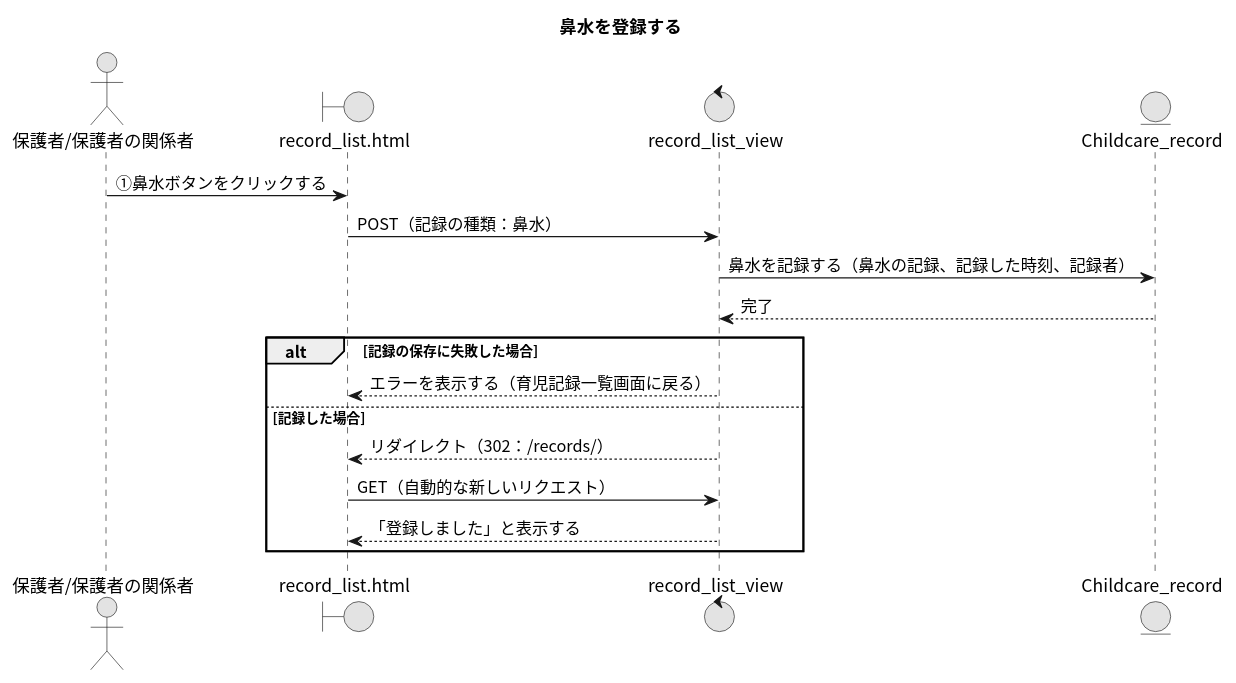
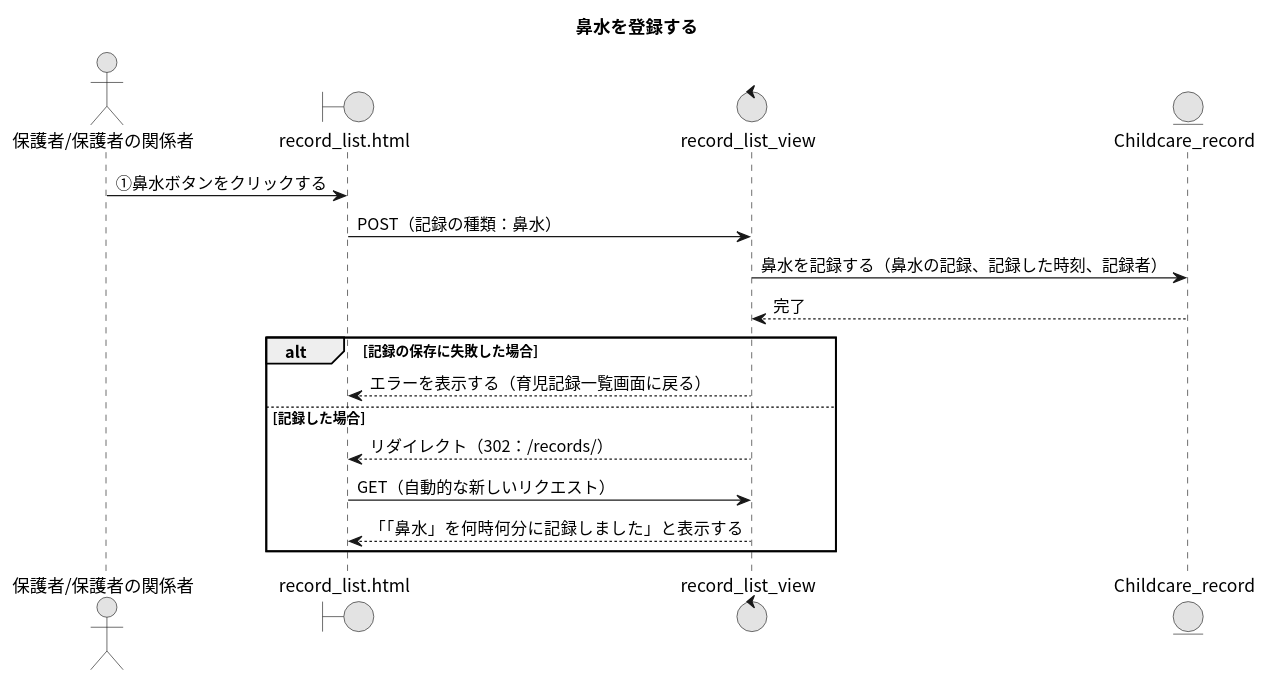
One commit to Ma2naga190330/26_sotugyou_puml changed the diagram in 25_鼻水を登録する.puml. Above: the diagram before and after it, drawn with PlantUML. The commit also changed 13 other files, not shown here.

```diff
--- a/25_鼻水を登録する.puml
+++ b/25_鼻水を登録する.puml
@@ -1,22 +1,22 @@
 @startuml
 title 鼻水を登録する
 skinparam defaultFontName "Noto Sans CJK JP"
 skinparam monochrome true
 
 actor "保護者/保護者の関係者" as A
 boundary "record_list.html" as RLP
 control "record_list_view" as RLV
 entity "Childcare_record" as CRM
 
 A -> RLP : ①鼻水ボタンをクリックする
 RLP -> RLV : POST（記録の種類：鼻水）
 RLV -> CRM : 鼻水を記録する（鼻水の記録、記録した時刻、記録者）
 RLV <-- CRM : 完了
 alt 記録の保存に失敗した場合
   RLV --> RLP : エラーを表示する（育児記録一覧画面に戻る）
 else 記録した場合
   RLV --> RLP : リダイレクト（302：/records/）
   RLP -> RLV : GET（自動的な新しいリクエスト）
-  RLV --> RLP : 「登録しました」と表示する
+  RLV --> RLP : 「「鼻水」を何時何分に記録しました」と表示する
 end
 @enduml
```
